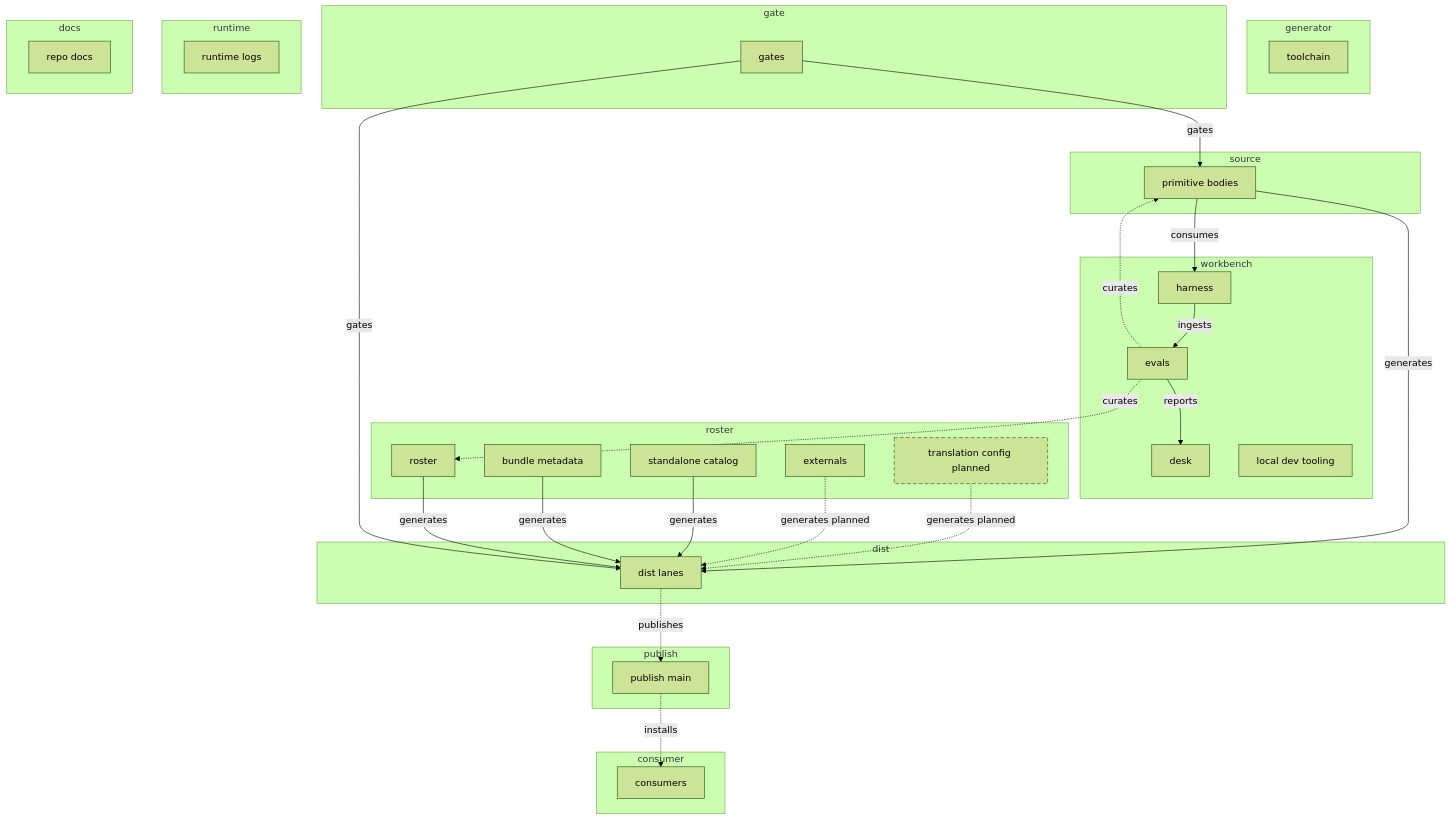
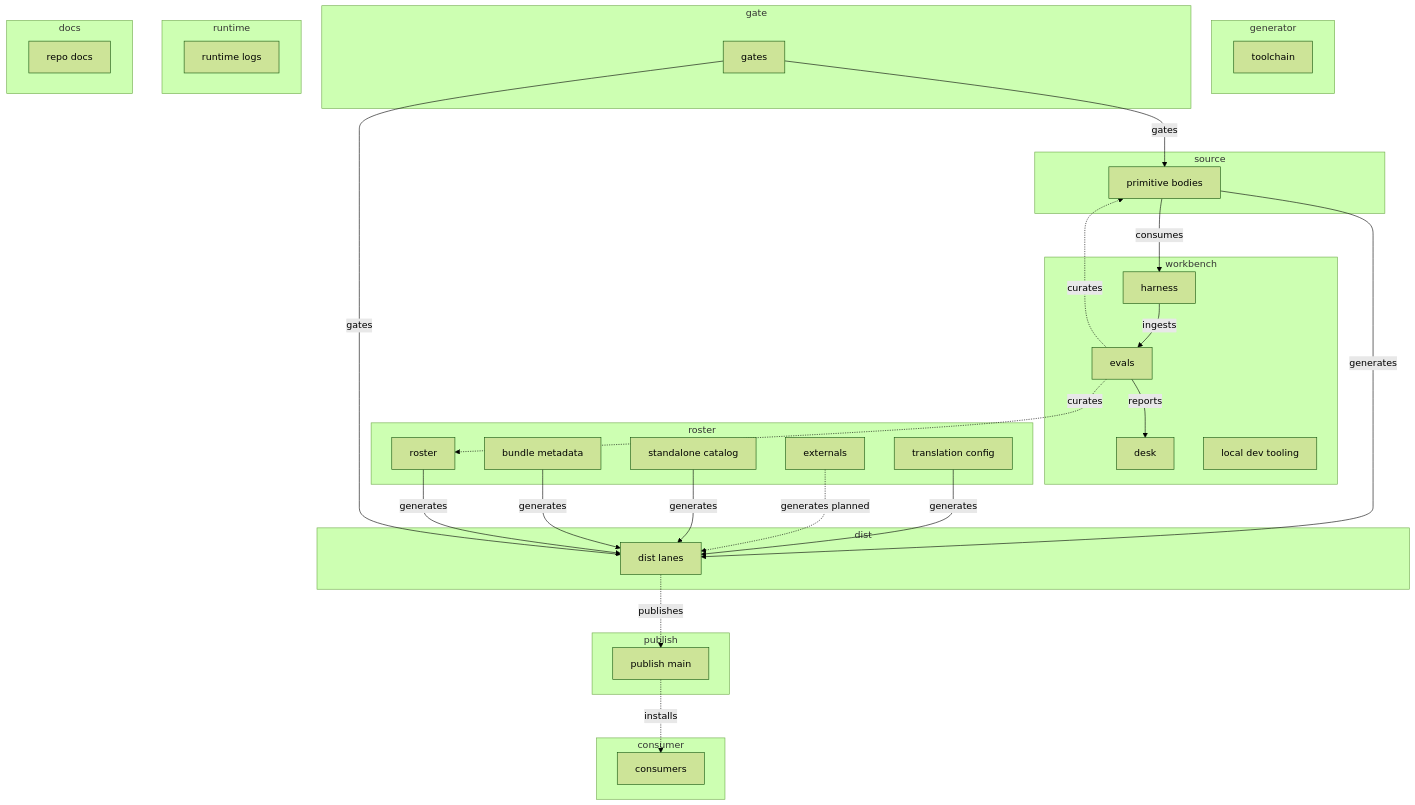
The diagram in docs/FLOW.md (hsb3/dotfiles-agents), drawn with Mermaid (forest theme) before and after one commit. The commit also changed other lines of this file and 206 other files, not shown here.

````diff
--- a/docs/FLOW.md
+++ b/docs/FLOW.md
@@ -30,57 +30,56 @@
 ```mermaid
 flowchart TD
   subgraph L_roster[roster]
     N_roster[roster]
     N_bundle_metadata[bundle metadata]
     N_standalone_catalog[standalone catalog]
     N_externals[externals]
-    N_translation_config[translation config planned]
+    N_translation_config[translation config]
   end
   subgraph L_source[source]
     N_primitive_bodies[primitive bodies]
   end
   subgraph L_generator[generator]
     N_toolchain[toolchain]
   end
   subgraph L_gate[gate]
     N_gates[gates]
   end
   subgraph L_dist[dist]
     N_dist_lanes[dist lanes]
   end
   subgraph L_publish[publish]
     N_publish_main[publish main]
   end
   subgraph L_consumer[consumer]
     N_consumers[consumers]
   end
   subgraph L_workbench[workbench]
     N_desk[desk]
     N_harness[harness]
     N_evals[evals]
     N_local_dev_tooling[local dev tooling]
   end
   subgraph L_runtime[runtime]
     N_runtime_logs[runtime logs]
   end
   subgraph L_docs[docs]
     N_repo_docs[repo docs]
   end
   N_roster -->|generates| N_dist_lanes
   N_primitive_bodies -->|generates| N_dist_lanes
   N_bundle_metadata -->|generates| N_dist_lanes
   N_standalone_catalog -->|generates| N_dist_lanes
   N_gates -->|gates| N_primitive_bodies
   N_gates -->|gates| N_dist_lanes
   N_primitive_bodies -->|consumes| N_harness
   N_harness -->|ingests| N_evals
   N_evals -->|reports| N_desk
   N_dist_lanes -.->|publishes| N_publish_main
   N_publish_main -.->|installs| N_consumers
   N_evals -.->|curates| N_roster
   N_evals -.->|curates| N_primitive_bodies
   N_externals -.->|generates planned| N_dist_lanes
-  N_translation_config -.->|generates planned| N_dist_lanes
+  N_translation_config -->|generates| N_dist_lanes
   classDef planned stroke-dasharray: 6 4
-  class N_translation_config planned
 ```
````
